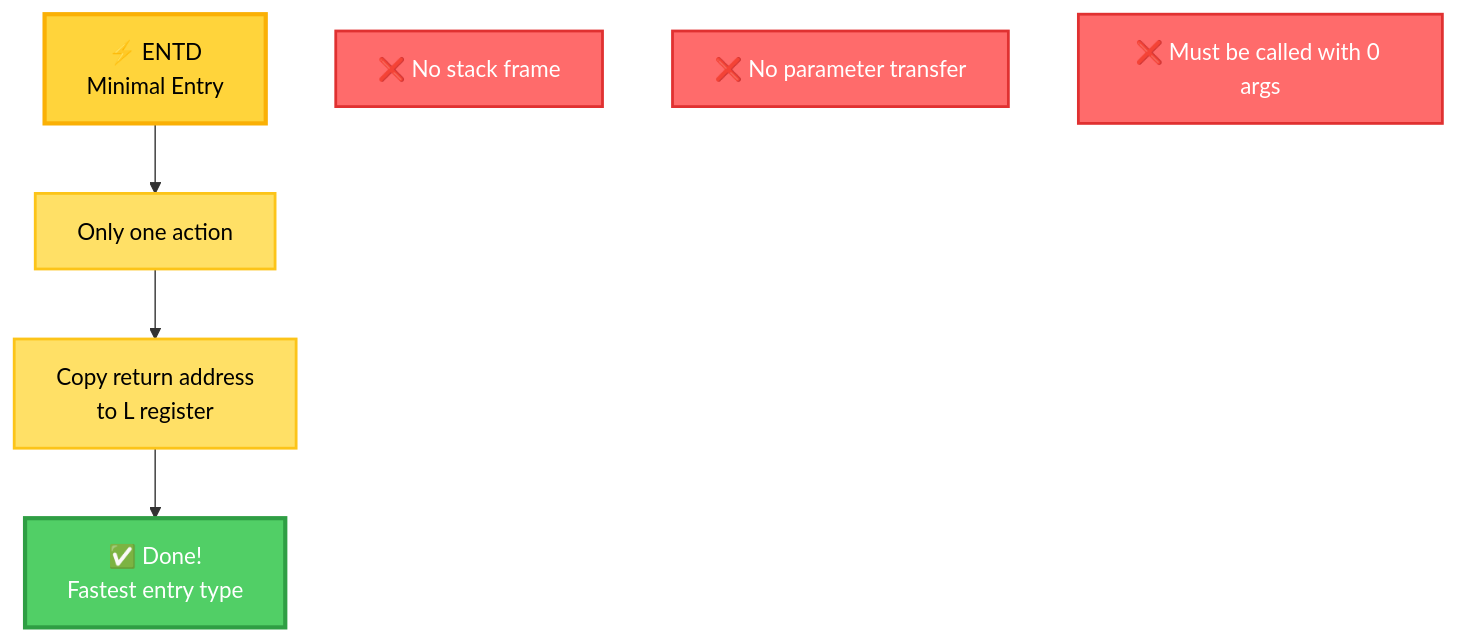
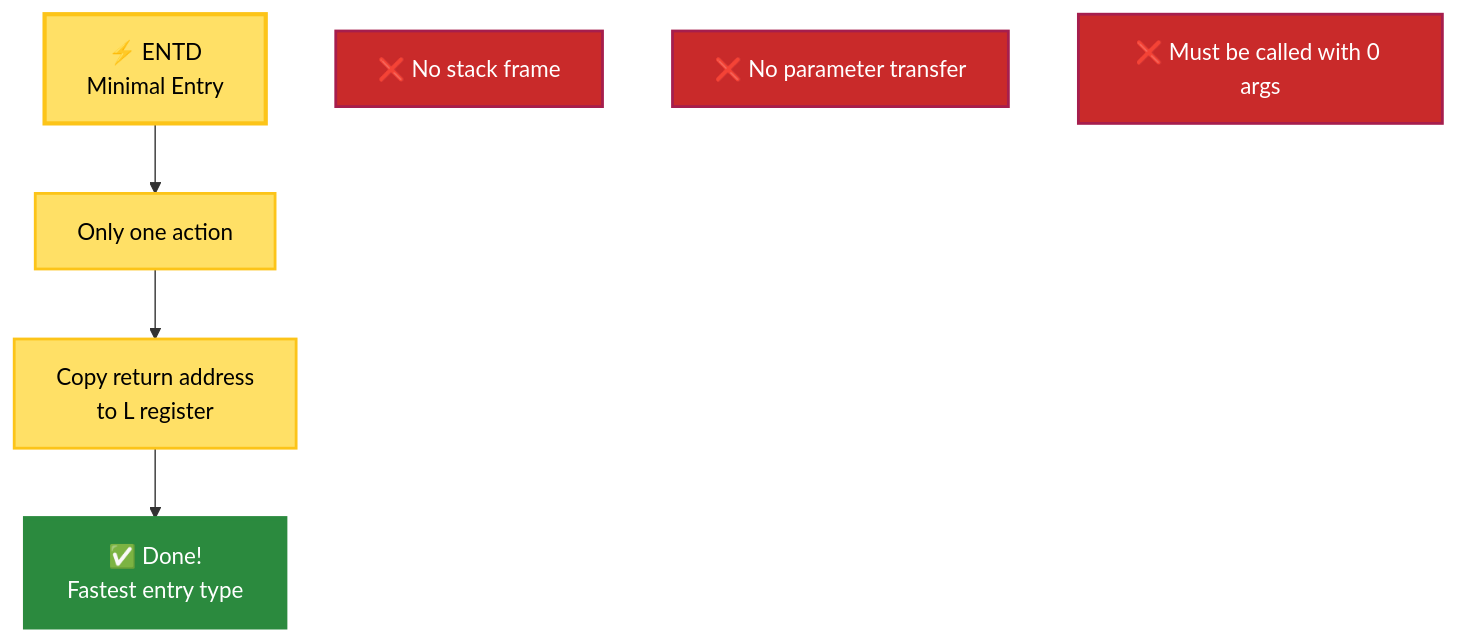
Diagram 13 of 25 in docs/CALL_and_ENTRY_Points_Explained.md (RetroCoreLabs/nd500x), drawn with Mermaid before and after one commit. The commit also changed other lines of this file, not shown here.

First line of the commit message:
docs: Make Mermaid diagrams WCAG 2.1 Level AA compliant (EAA 2025)

````diff
--- a/docs/CALL_and_ENTRY_Points_Explained.md
+++ b/docs/CALL_and_ENTRY_Points_Explained.md
@@ -540,18 +540,18 @@
 ```mermaid
 graph TD
     ENTD[⚡ ENTD<br/>Minimal Entry] --> Only[Only one action]
     Only --> Ret[Copy return address<br/>to L register]
     Ret --> Done[✅ Done!<br/>Fastest entry type]
 
     No1[❌ No stack frame]
     No2[❌ No parameter transfer]
     No3[❌ Must be called with 0 args]
 
-    style ENTD fill:#ffd43b,stroke:#fab005,stroke-width:3px,color:#000
+    style ENTD fill:#ffe066,stroke:#fcc419,stroke-width:3px,color:#000
     style Only fill:#ffe066,stroke:#fcc419,stroke-width:2px,color:#000
     style Ret fill:#ffe066,stroke:#fcc419,stroke-width:2px,color:#000
-    style Done fill:#51cf66,stroke:#2f9e44,stroke-width:3px,color:#fff
-    style No1 fill:#ff6b6b,stroke:#e03131,stroke-width:2px,color:#fff
-    style No2 fill:#ff6b6b,stroke:#e03131,stroke-width:2px,color:#fff
-    style No3 fill:#ff6b6b,stroke:#e03131,stroke-width:2px,color:#fff
+    style Done fill:#2b8a3e,stroke:#2b8a3e,stroke-width:3px,color:#fff
+    style No1 fill:#c92a2a,stroke:#a61e4d,stroke-width:2px,color:#fff
+    style No2 fill:#c92a2a,stroke:#a61e4d,stroke-width:2px,color:#fff
+    style No3 fill:#c92a2a,stroke:#a61e4d,stroke-width:2px,color:#fff
 ```
````
